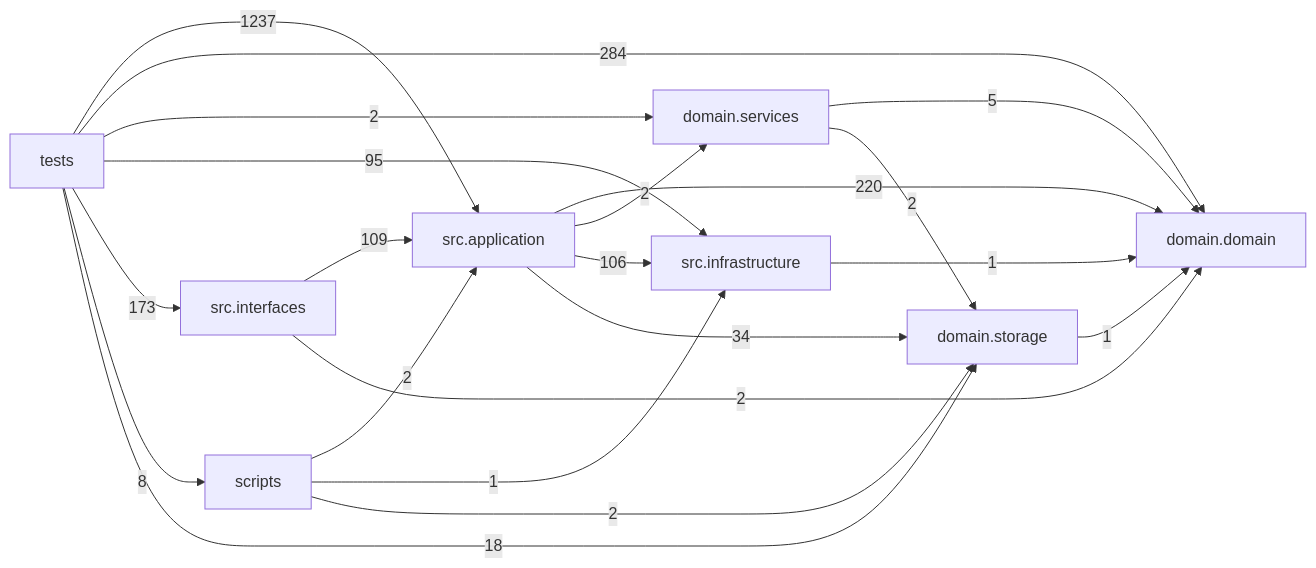
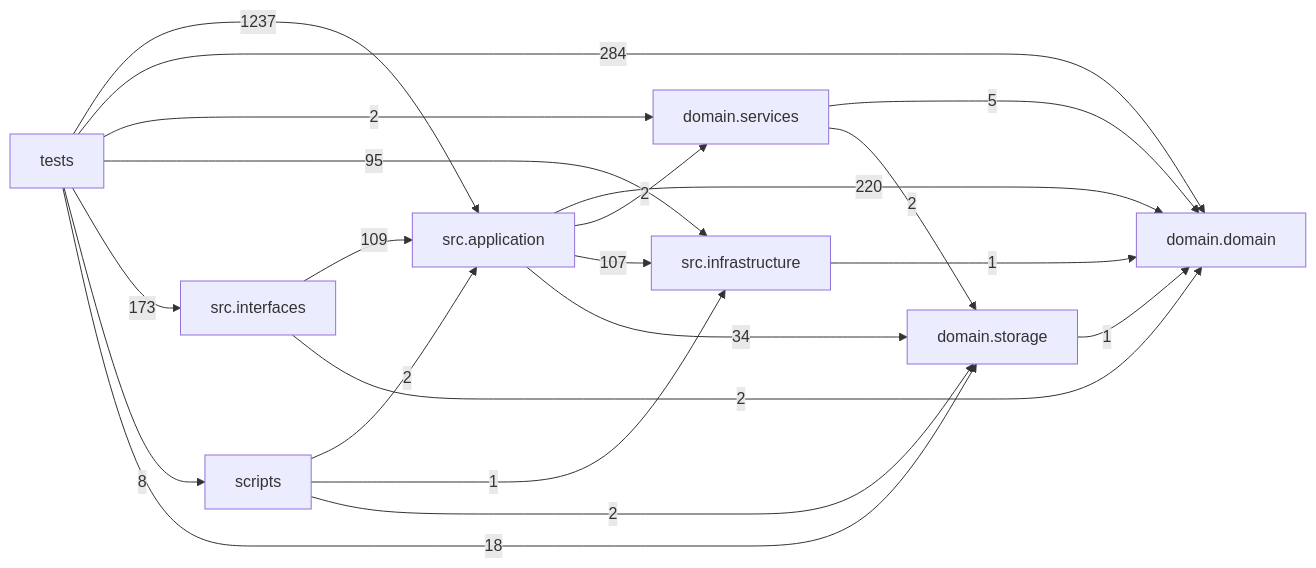
One commit to liuxie066/options-monitor changed the diagram in docs/DEPENDENCY_GRAPH.md. Above: the diagram before and after it, drawn with Mermaid. The commit also changed other lines of this file and 7 other files, not shown here.

````diff
--- a/docs/DEPENDENCY_GRAPH.md
+++ b/docs/DEPENDENCY_GRAPH.md
@@ -24,31 +24,31 @@
 ```mermaid
 flowchart LR
   tests["tests"]
   scripts["scripts"]
   interfaces["src.interfaces"]
   application["src.application"]
   infrastructure["src.infrastructure"]
   domain_services["domain.services"]
   domain["domain.domain"]
   storage["domain.storage"]
   application -->|220| domain
   application -->|2| domain_services
-  application -->|106| infrastructure
+  application -->|107| infrastructure
   application -->|34| storage
   domain_services -->|5| domain
   domain_services -->|2| storage
   infrastructure -->|1| domain
   interfaces -->|109| application
   interfaces -->|2| domain
   scripts -->|2| application
   scripts -->|1| infrastructure
   scripts -->|2| storage
   storage -->|1| domain
   tests -->|1237| application
   tests -->|284| domain
   tests -->|2| domain_services
   tests -->|95| infrastructure
   tests -->|173| interfaces
   tests -->|8| scripts
   tests -->|18| storage
 ```
````
